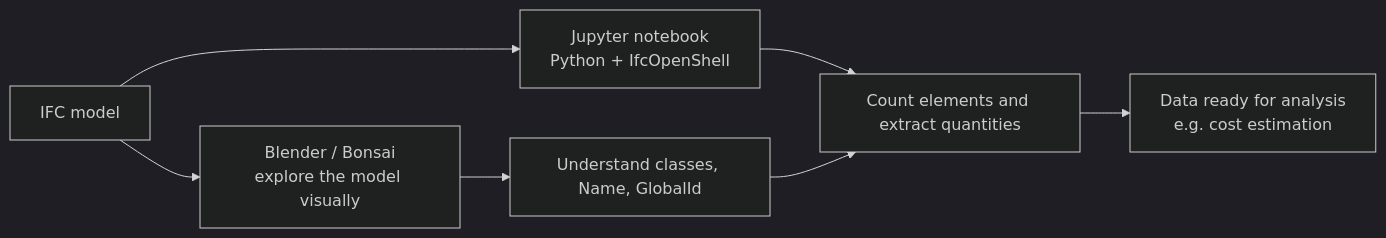
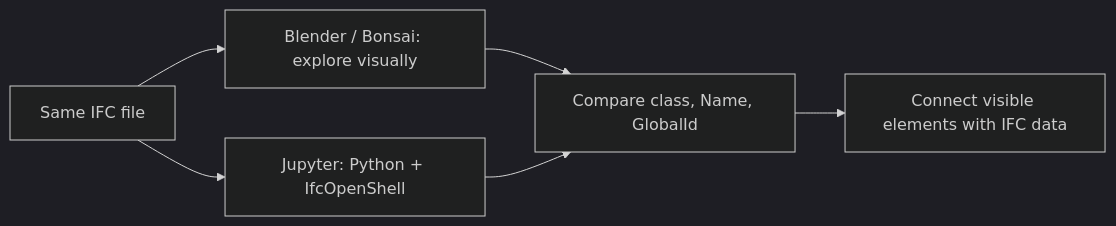
Before and after one commit to ivannaloria/BLD_26_41: the diagram in A3/README.md, drawn with Mermaid (dark theme). The commit also changed other lines of this file and 1 other file, not shown here.

Commit message:
Improve A3 beginner IFC tutorial and documentation

````diff
--- a/A3/README.md
+++ b/A3/README.md
@@ -40,9 +39,8 @@
 ```mermaid
 flowchart LR
-    A[IFC model] --> B[Blender / Bonsai<br>explore the model visually]
-    A --> C[Jupyter notebook<br>Python + IfcOpenShell]
-    B --> D[Understand classes, Name, GlobalId]
-    C --> E[Count elements and extract quantities]
-    D --> E
-    E --> F[Data ready for analysis<br>e.g. cost estimation]
+    A[Same IFC file] --> B[Blender / Bonsai: explore visually]
+    A --> C[Jupyter: Python + IfcOpenShell]
+    B --> D[Compare class, Name, GlobalId]
+    C --> D
+    D --> E[Connect visible elements with IFC data]
 ```
````
